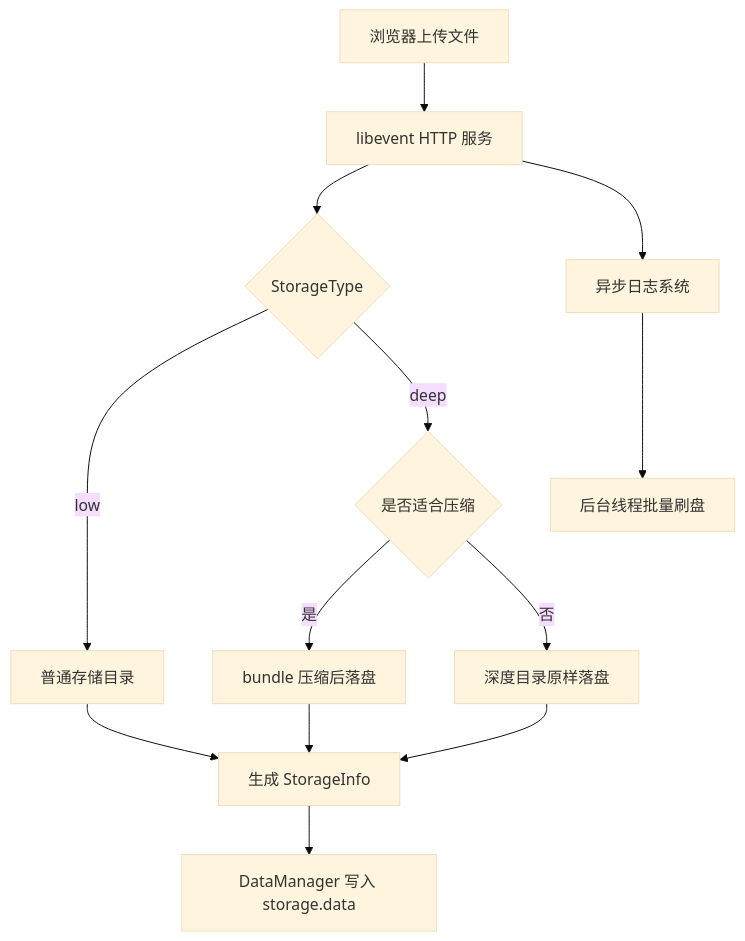
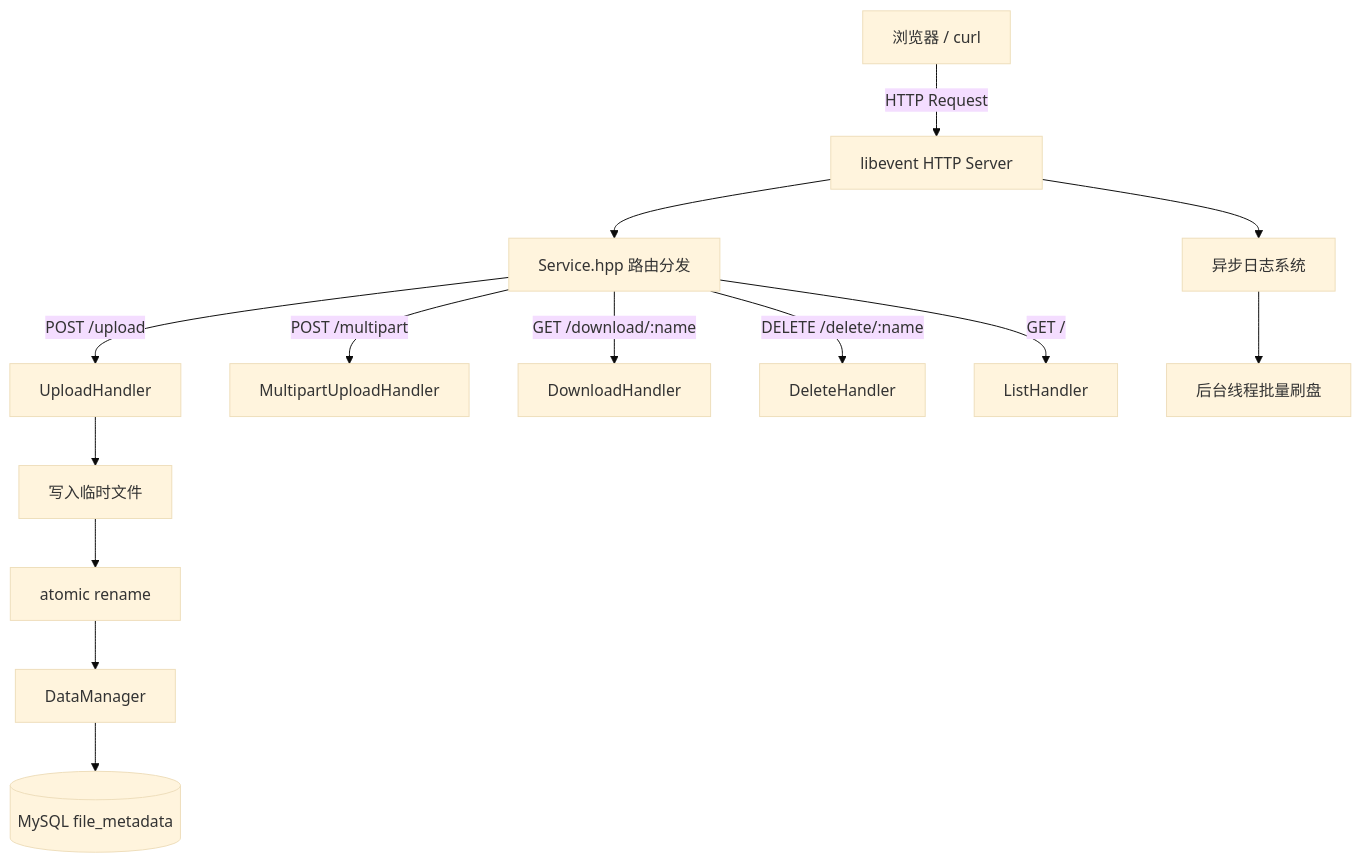
Before and after one commit to 12345lilaoba/Kama-AsynLogSystem-CloudStorage: the first of 2 diagrams in README.md, drawn with Mermaid (base theme). The commit also changed other lines of this file and 37 other files, not shown here.

````diff
--- a/README.md
+++ b/README.md
@@ -61,15 +102,17 @@
 ```mermaid
 flowchart TD
-    A[浏览器上传文件] --> B[libevent HTTP 服务]
-    B --> C{StorageType}
-    C -->|low| D[普通存储目录]
-    C -->|deep| E{是否适合压缩}
-    E -->|是| F[bundle 压缩后落盘]
-    E -->|否| G[深度目录原样落盘]
-    D --> H[生成 StorageInfo]
-    F --> H
-    G --> H
-    H --> I[DataManager 写入 storage.data]
-    B --> J[异步日志系统]
-    J --> K[后台线程批量刷盘]
+    Browser[浏览器 / curl]
+    Browser -->|HTTP Request| libevent[libevent HTTP Server]
+    libevent --> Router[Service.hpp 路由分发]
+    Router -->|POST /upload| Upload[UploadHandler]
+    Router -->|POST /multipart| Multipart[MultipartUploadHandler]
+    Router -->|GET /download/:name| Download[DownloadHandler]
+    Router -->|DELETE /delete/:name| Delete[DeleteHandler]
+    Router -->|GET /| List[ListHandler]
+    Upload --> TmpFile[写入临时文件]
+    TmpFile --> Rename[atomic rename]
+    Rename --> DataMgr[DataManager]
+    DataMgr --> MySQL[(MySQL file_metadata)]
+    libevent --> AsyncLog[异步日志系统]
+    AsyncLog --> BgThread[后台线程批量刷盘]
 ```
````
